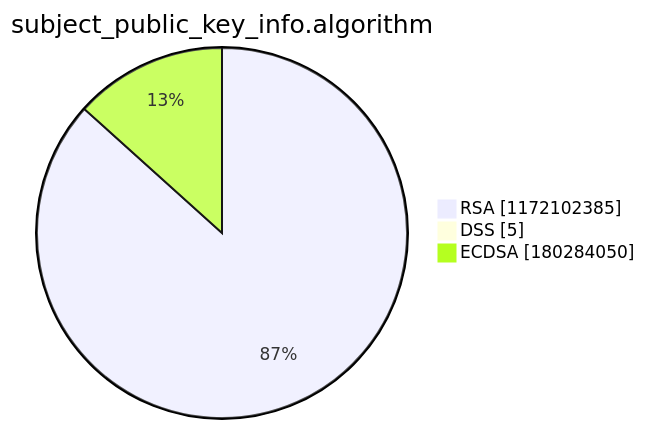
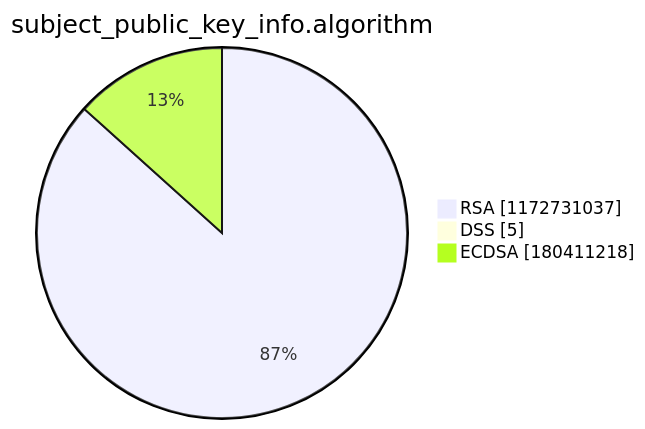
Before and after one commit to christiankrug/ctmonitor_visualization: the third of 15 diagrams in argon2022/README.md, drawn with Mermaid. The commit also changed other lines of this file, not shown here.

````diff
--- a/argon2022/README.md
+++ b/argon2022/README.md
@@ -14,7 +14,7 @@
 ```mermaid
 pie showData
 title subject_public_key_info.algorithm
-"RSA" :1172102385
+"RSA" :1172731037
 "DSS" :5
-"ECDSA" :180284050
+"ECDSA" :180411218
 ```
````
